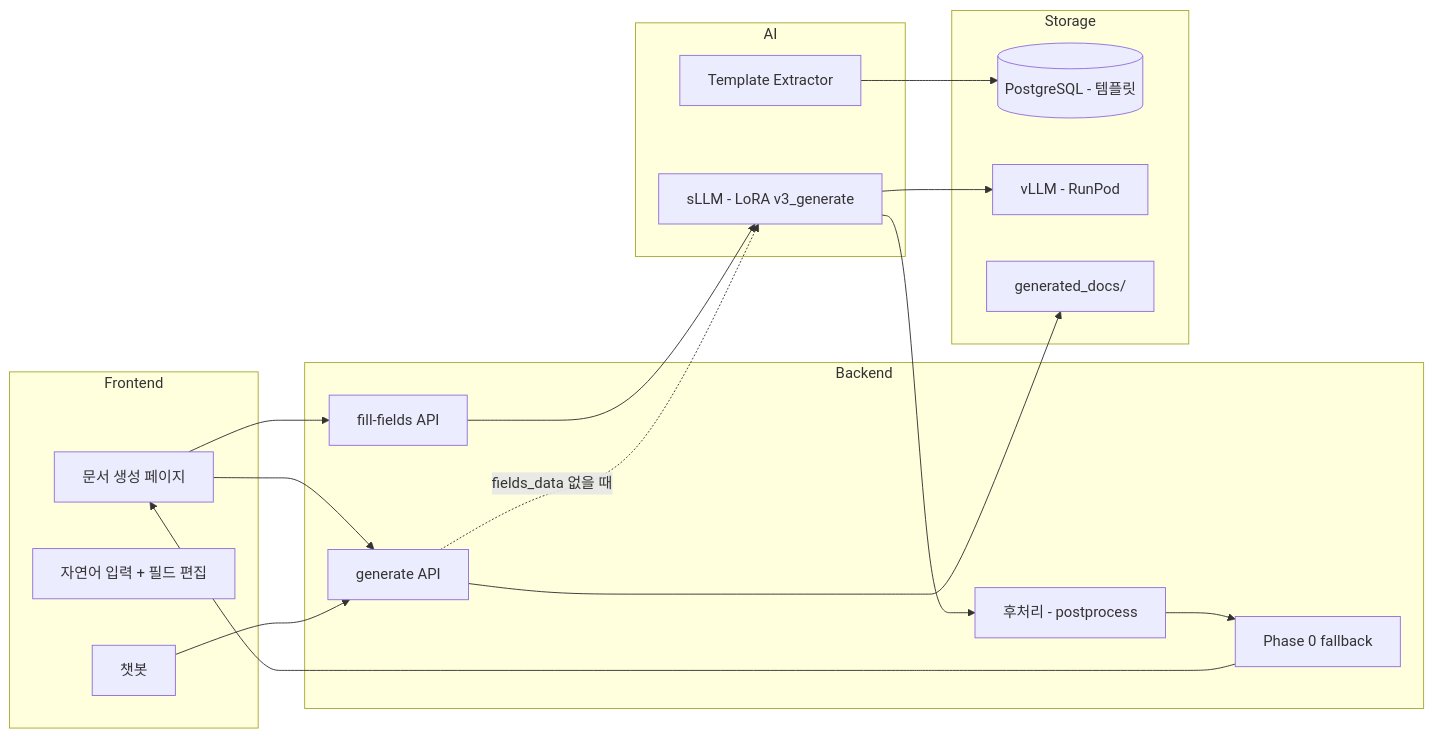
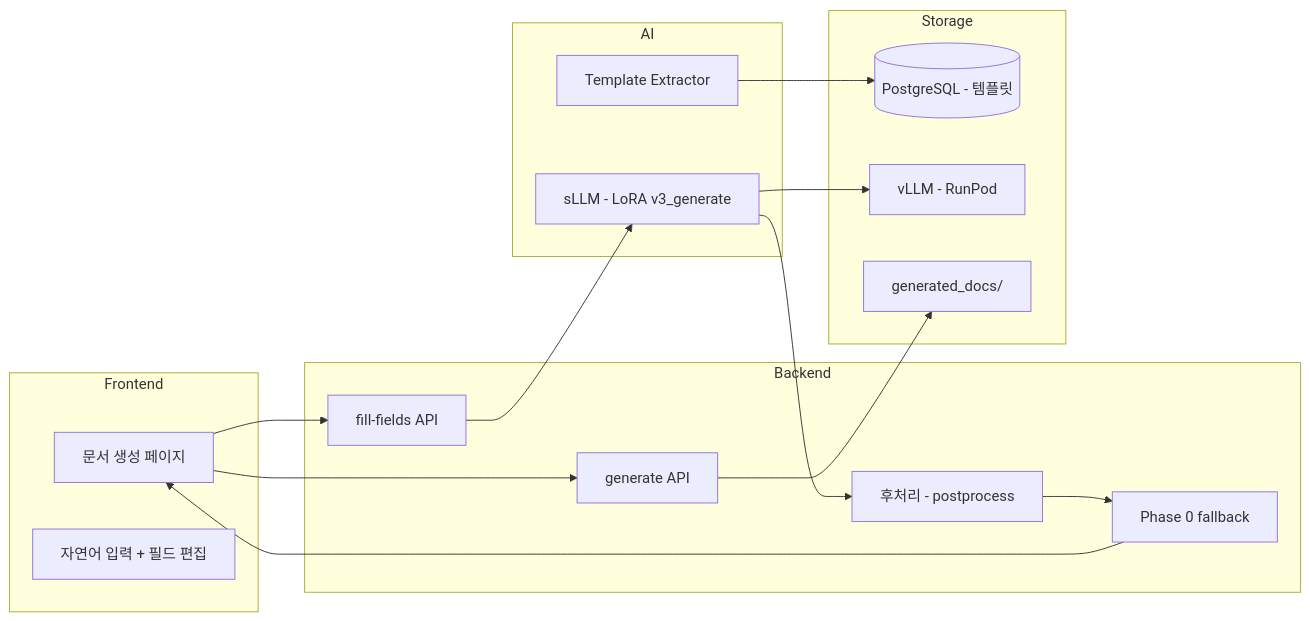
The second of 2 diagrams in docs/3월 22일/문서생성.md (SKNETWORKS-FAMILY-AICAMP/SKN21-FINAL-3TEAM), drawn with Mermaid before and after one commit. The commit also changed other lines of this file, not shown here.

````diff
--- a/docs/3월 22일/문서생성.md
+++ b/docs/3월 22일/문서생성.md
@@ -114,42 +97,35 @@
 ```mermaid
 flowchart LR
     subgraph Frontend
         UI[문서 생성 페이지]
         FORM[자연어 입력 + 필드 편집]
-        CHAT[챗봇]
     end
 
     subgraph Backend
         FILL[fill-fields API]
         GEN[generate API]
         PP[후처리 - postprocess]
         P0[Phase 0 fallback]
     end
 
     subgraph AI
         SLLM[sLLM - LoRA v3_generate]
         EXT[Template Extractor]
     end
 
     subgraph Storage
         DB[(PostgreSQL - 템플릿)]
         VLLM[vLLM - RunPod]
         FILE[generated_docs/]
     end
 
-    %% 경로 1: 커스텀 템플릿 (fill-fields → generate)
     UI --> FILL
     FILL --> SLLM
     SLLM --> PP
     PP --> P0
     P0 --> UI
     UI --> GEN
     GEN --> FILE
-
-    %% 경로 2: 챗봇 (generate에서 sLLM 직접 호출)
-    CHAT --> GEN
-    GEN -.->|fields_data 없을 때| SLLM
-
     EXT --> DB
     SLLM --> VLLM
 ```
````
